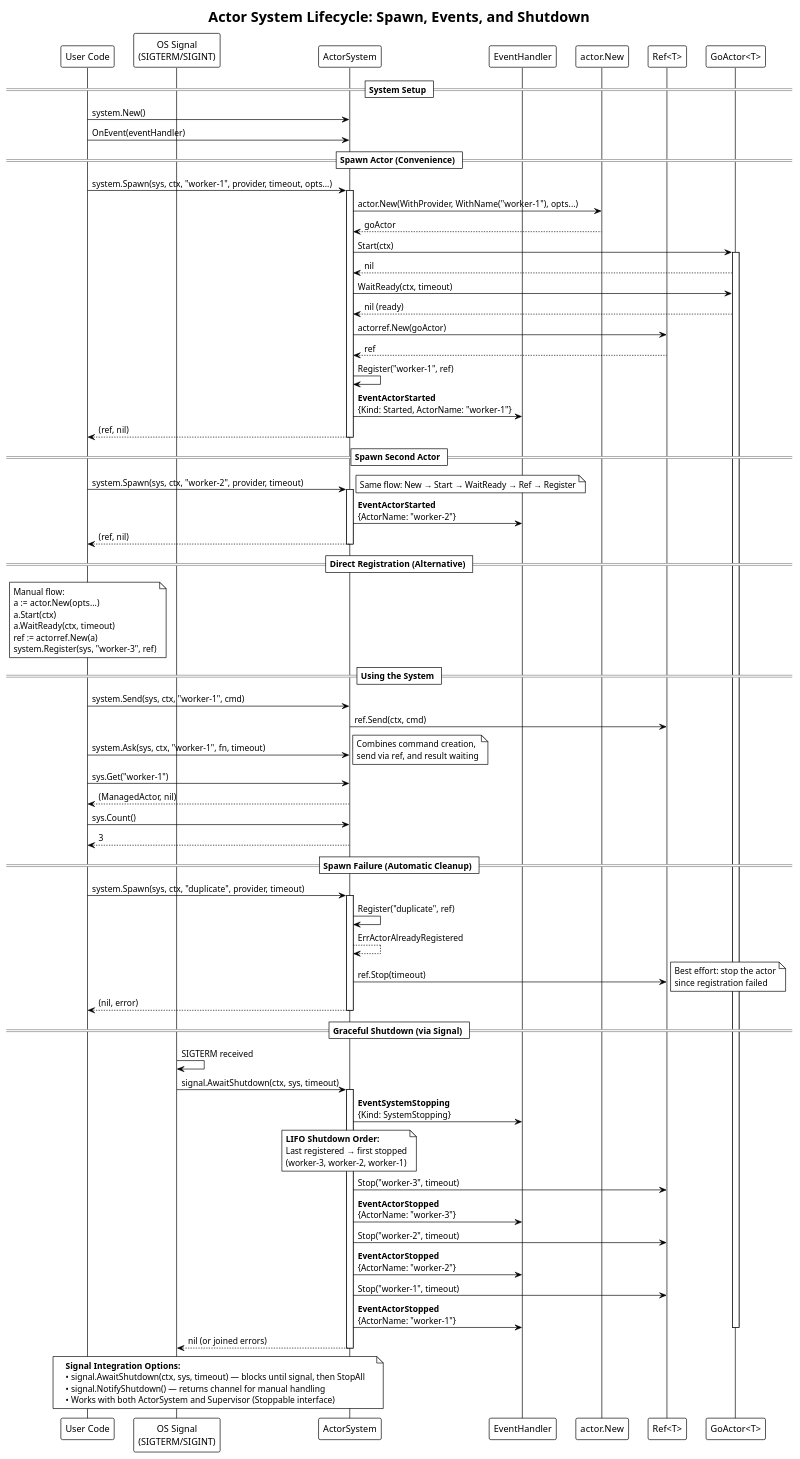
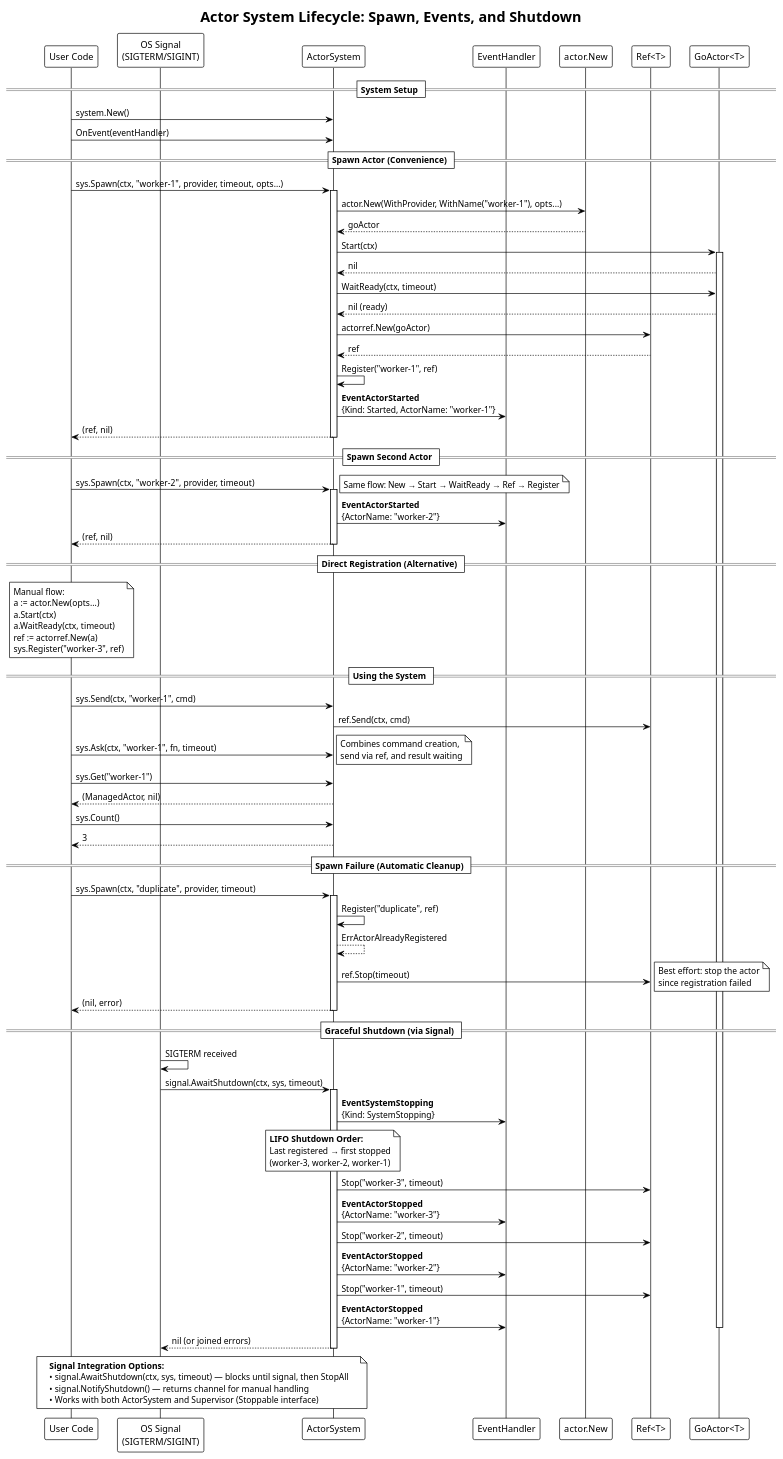
The diagram in docs/system-lifecycle.puml (barnowlsnest/go-actorlib), drawn with PlantUML before and after one commit. The commit also changed 6 other files, not shown here.

First line of the commit message:
docs: document generic-method API for system and Ref.Ask

```diff
--- a/docs/system-lifecycle.puml
+++ b/docs/system-lifecycle.puml
@@ -1,118 +1,118 @@
 @startuml system-lifecycle
 !theme plain
 skinparam backgroundColor #FFFFFF
 
 title Actor System Lifecycle: Spawn, Events, and Shutdown
 
 participant "User Code" as user
 participant "OS Signal\n(SIGTERM/SIGINT)" as signal
 participant "ActorSystem" as sys
 participant "EventHandler" as handler
 participant "actor.New" as factory
 participant "Ref<T>" as ref
 participant "GoActor<T>" as actor
 
 == System Setup ==
 user -> sys : system.New()
 user -> sys : OnEvent(eventHandler)
 
 == Spawn Actor (Convenience) ==
-user -> sys : system.Spawn(sys, ctx, "worker-1", provider, timeout, opts...)
+user -> sys : sys.Spawn(ctx, "worker-1", provider, timeout, opts...)
 activate sys
 
 sys -> factory : actor.New(WithProvider, WithName("worker-1"), opts...)
 factory --> sys : goActor
 
 sys -> actor : Start(ctx)
 activate actor
 actor --> sys : nil
 
 sys -> actor : WaitReady(ctx, timeout)
 actor --> sys : nil (ready)
 
 sys -> ref : actorref.New(goActor)
 ref --> sys : ref
 
 sys -> sys : Register("worker-1", ref)
 
 sys -> handler : **EventActorStarted**\n{Kind: Started, ActorName: "worker-1"}
 
 sys --> user : (ref, nil)
 deactivate sys
 
 == Spawn Second Actor ==
-user -> sys : system.Spawn(sys, ctx, "worker-2", provider, timeout)
+user -> sys : sys.Spawn(ctx, "worker-2", provider, timeout)
 activate sys
 note right : Same flow: New → Start → WaitReady → Ref → Register
 sys -> handler : **EventActorStarted**\n{ActorName: "worker-2"}
 sys --> user : (ref, nil)
 deactivate sys
 
 == Direct Registration (Alternative) ==
 note over user
   Manual flow:
   a := actor.New(opts...)
   a.Start(ctx)
   a.WaitReady(ctx, timeout)
   ref := actorref.New(a)
-  system.Register(sys, "worker-3", ref)
+  sys.Register("worker-3", ref)
 end note
 
 == Using the System ==
-user -> sys : system.Send(sys, ctx, "worker-1", cmd)
+user -> sys : sys.Send(ctx, "worker-1", cmd)
 sys -> ref : ref.Send(ctx, cmd)
 
-user -> sys : system.Ask(sys, ctx, "worker-1", fn, timeout)
+user -> sys : sys.Ask(ctx, "worker-1", fn, timeout)
 note right : Combines command creation,\nsend via ref, and result waiting
 
 user -> sys : sys.Get("worker-1")
 sys --> user : (ManagedActor, nil)
 
 user -> sys : sys.Count()
 sys --> user : 3
 
 == Spawn Failure (Automatic Cleanup) ==
-user -> sys : system.Spawn(sys, ctx, "duplicate", provider, timeout)
+user -> sys : sys.Spawn(ctx, "duplicate", provider, timeout)
 activate sys
 sys -> sys : Register("duplicate", ref)
 sys --> sys : ErrActorAlreadyRegistered
 sys -> ref : ref.Stop(timeout)
 note right : Best effort: stop the actor\nsince registration failed
 sys --> user : (nil, error)
 deactivate sys
 
 == Graceful Shutdown (via Signal) ==
 
 signal -> signal : SIGTERM received
 signal -> sys : signal.AwaitShutdown(ctx, sys, timeout)
 activate sys
 
 sys -> handler : **EventSystemStopping**\n{Kind: SystemStopping}
 
 note over sys
   **LIFO Shutdown Order:**
   Last registered → first stopped
   (worker-3, worker-2, worker-1)
 end note
 
 sys -> ref : Stop("worker-3", timeout)
 sys -> handler : **EventActorStopped**\n{ActorName: "worker-3"}
 
 sys -> ref : Stop("worker-2", timeout)
 sys -> handler : **EventActorStopped**\n{ActorName: "worker-2"}
 
 sys -> ref : Stop("worker-1", timeout)
 sys -> handler : **EventActorStopped**\n{ActorName: "worker-1"}
 
 deactivate actor
 sys --> signal : nil (or joined errors)
 deactivate sys
 
 note over user, sys
   **Signal Integration Options:**
   • signal.AwaitShutdown(ctx, sys, timeout) — blocks until signal, then StopAll
   • signal.NotifyShutdown() — returns channel for manual handling
   • Works with both ActorSystem and Supervisor (Stoppable interface)
 end note
 
 @enduml
```
